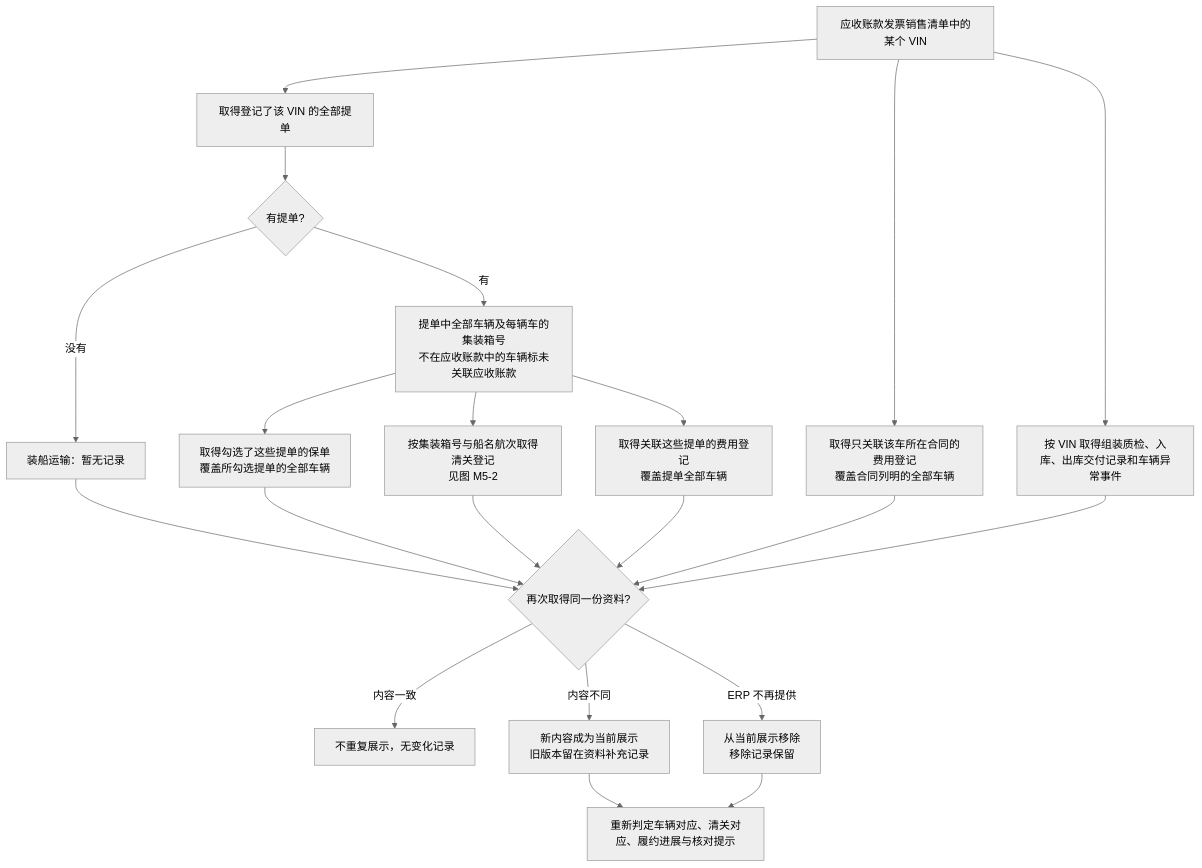
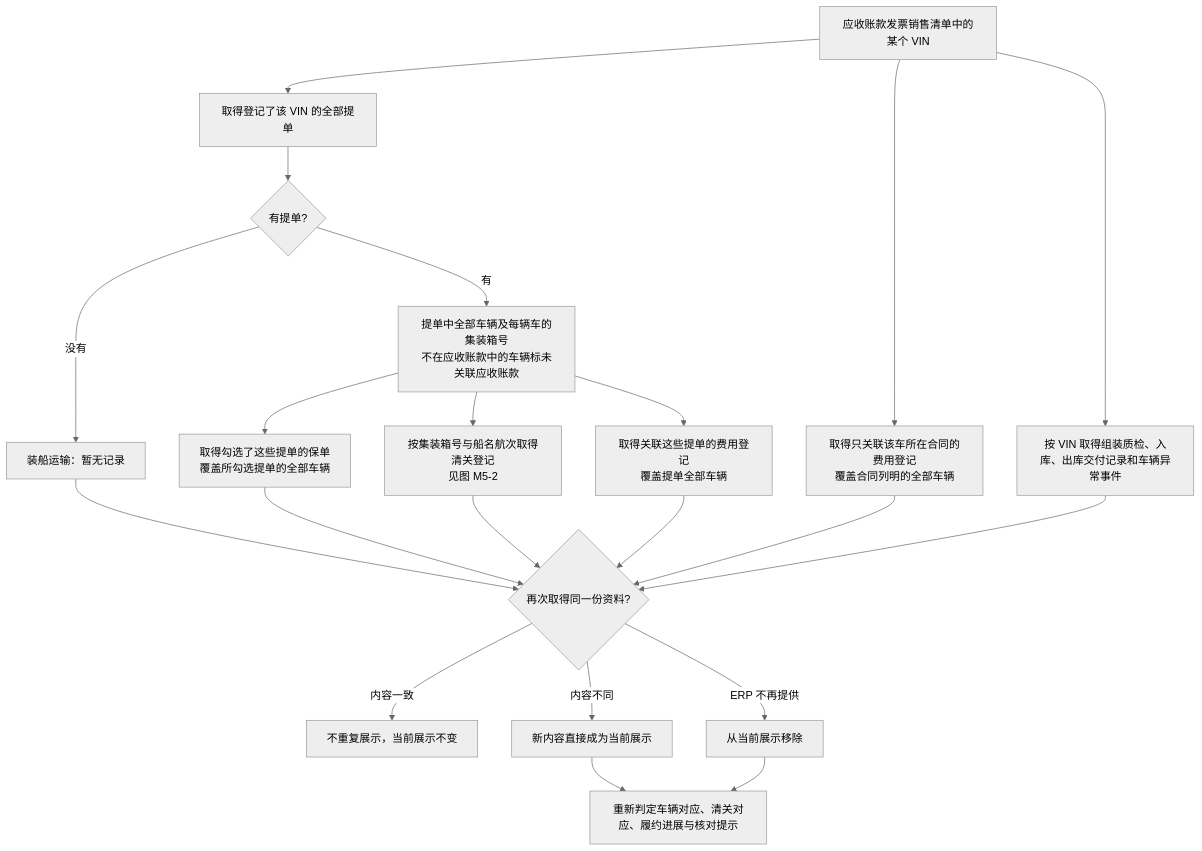
The first of 4 diagrams in asset-trust-platform/PRD/运营端/M5-车辆物流与履约追溯/02-车辆物流与履约追溯-流程图与状态机.md (wxblockchain/Chain-Financing), drawn with Mermaid (neutral theme) before and after one commit. The commit also changed other lines of this file and 15 other files, not shown here.

````diff
--- a/asset-trust-platform/PRD/运营端/M5-车辆物流与履约追溯/02-车辆物流与履约追溯-流程图与状态机.md
+++ b/asset-trust-platform/PRD/运营端/M5-车辆物流与履约追溯/02-车辆物流与履约追溯-流程图与状态机.md
@@ -17,24 +17,24 @@
 ```mermaid
 flowchart TD
     A[应收账款发票销售清单中的某个 VIN] --> B[取得登记了该 VIN 的全部提单]
     B --> B1{有提单?}
     B1 -->|没有| N[装船运输：暂无记录]
     B1 -->|有| C[提单中全部车辆及每辆车的集装箱号<br/>不在应收账款中的车辆标未关联应收账款]
     C --> P[取得勾选了这些提单的保单<br/>覆盖所勾选提单的全部车辆]
     C --> K[按集装箱号与船名航次取得清关登记<br/>见图 M5-2]
     C --> F1[取得关联这些提单的费用登记<br/>覆盖提单全部车辆]
     A --> F2[取得只关联该车所在合同的费用登记<br/>覆盖合同列明的全部车辆]
     A --> R[按 VIN 取得组装质检、入库、出库交付记录和车辆异常事件]
     P --> U
     K --> U
     F1 --> U
     F2 --> U
     R --> U
     N --> U
     U{再次取得同一份资料?}
-    U -->|内容一致| G[不重复展示，无变化记录]
-    U -->|内容不同| H[新内容成为当前展示<br/>旧版本留在资料补充记录]
-    U -->|ERP 不再提供| X[从当前展示移除<br/>移除记录保留]
+    U -->|内容一致| G[不重复展示，当前展示不变]
+    U -->|内容不同| H[新内容直接成为当前展示]
+    U -->|ERP 不再提供| X[从当前展示移除]
     H --> J[重新判定车辆对应、清关对应、履约进展与核对提示]
     X --> J
 ```
````
